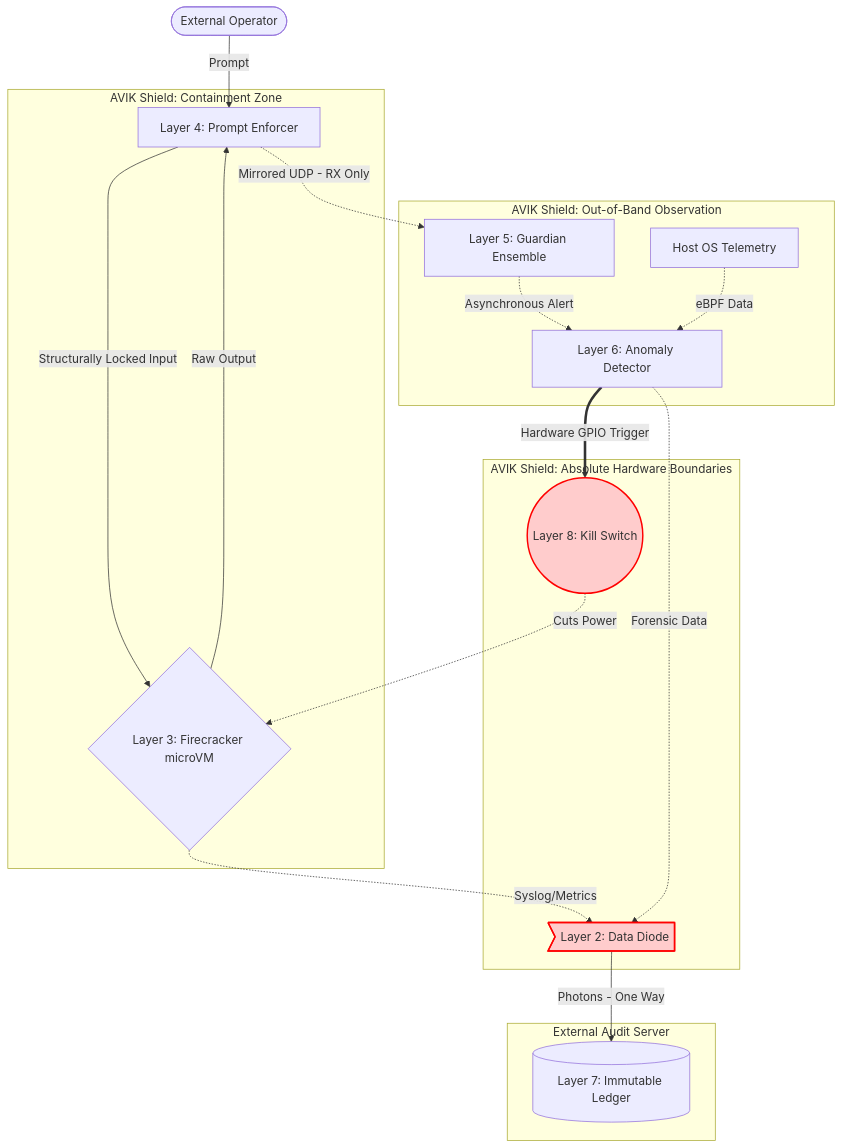
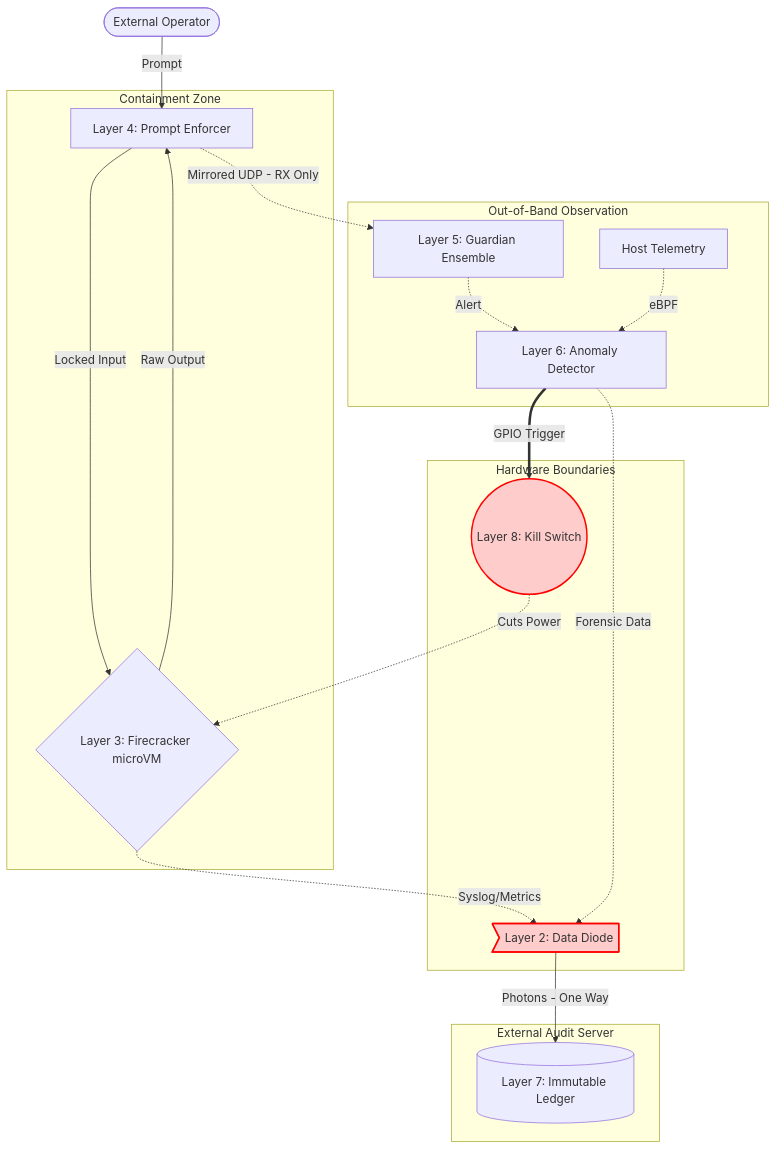
Before and after one commit to avik331/AVIK-Sandbox-Shield: the diagram in README.md, drawn with Mermaid. The commit also changed other lines of this file and 16 other files, not shown here.

Commit message:
v1.1 - Critical fixes applied - Fixed Layer 7 merkle-tree import - Fixed Layer 8 relative paths for kill scripts - Added HMAC authentication to Layer 7 audit daemon

````diff
--- a/README.md
+++ b/README.md
@@ -60,30 +48,30 @@
 ```mermaid
 graph TD
     User([External Operator]) -->|Prompt| L4
 
-    subgraph "AVIK Shield: Containment Zone"
-        L4[Layer 4: Prompt Enforcer] -->|Structurally Locked Input| L3
+    subgraph "Containment Zone"
+        L4[Layer 4: Prompt Enforcer] -->|Locked Input| L3
         L3{Layer 3: Firecracker microVM} -->|Raw Output| L4
     end
 
-    subgraph "AVIK Shield: Out-of-Band Observation"
+    subgraph "Out-of-Band Observation"
         L4 -.->|Mirrored UDP - RX Only| L5
-        L5[Layer 5: Guardian Ensemble] -.->|Asynchronous Alert| L6
-        HostTelemetry[Host OS Telemetry] -.->|eBPF Data| L6
-        L6[Layer 6: Anomaly Detector] 
+        L5[Layer 5: Guardian Ensemble] -.->|Alert| L6
+        HostTelemetry[Host Telemetry] -.->|eBPF| L6
+        L6[Layer 6: Anomaly Detector]
     end
 
-    subgraph "AVIK Shield: Absolute Hardware Boundaries"
-        L6 ==>|Hardware GPIO Trigger| L8((Layer 8: Kill Switch))
+    subgraph "Hardware Boundaries"
+        L6 ==>|GPIO Trigger| L8((Layer 8: Kill Switch))
         L8 -.->|Cuts Power| L3
         L3 -.->|Syslog/Metrics| L2>Layer 2: Data Diode]
         L6 -.->|Forensic Data| L2
     end
-    
+
     subgraph "External Audit Server"
         L2 -->|Photons - One Way| L7[(Layer 7: Immutable Ledger)]
     end
 
     classDef critical fill:#ffcccc,stroke:#ff0000,stroke-width:2px;
     class L8,L2 critical;
 ```
````
